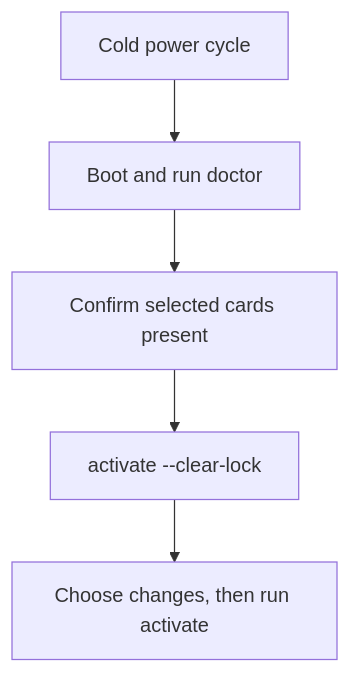
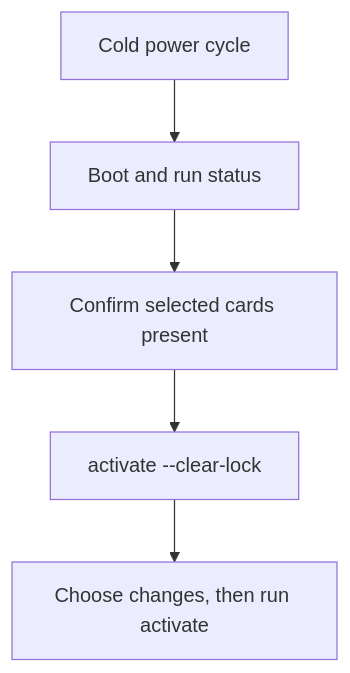
Before and after one commit to noon-at-cgn/geforce-sriov: the second of 2 diagrams in docs/recovery.md, drawn with Mermaid. The commit also changed other lines of this file and 86 other files, not shown here.

````diff
--- a/docs/recovery.md
+++ b/docs/recovery.md
@@ -193,7 +121,7 @@
 ```mermaid
 flowchart TD
-    cold["Cold power cycle"] --> doctor["Boot and run doctor"]
-    doctor --> present["Confirm selected cards present"]
+    cold["Cold power cycle"] --> status["Boot and run status"]
+    status --> present["Confirm selected cards present"]
     present --> clear["activate --clear-lock"]
     clear --> change["Choose changes, then run activate"]
 ```
````
